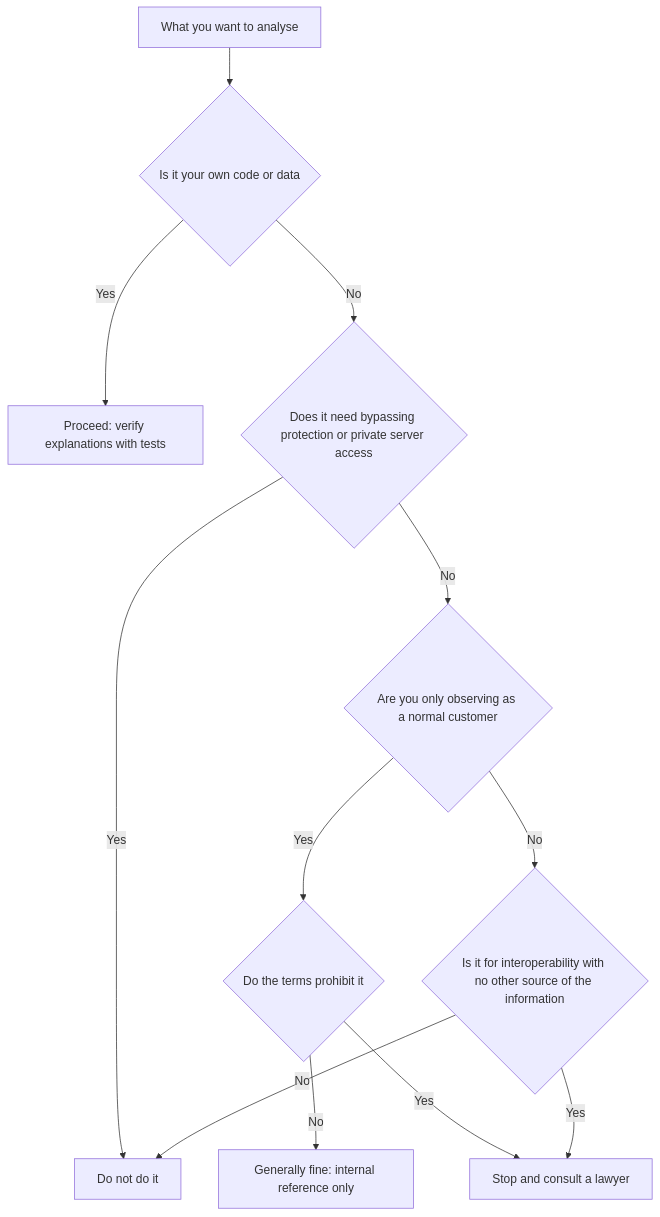
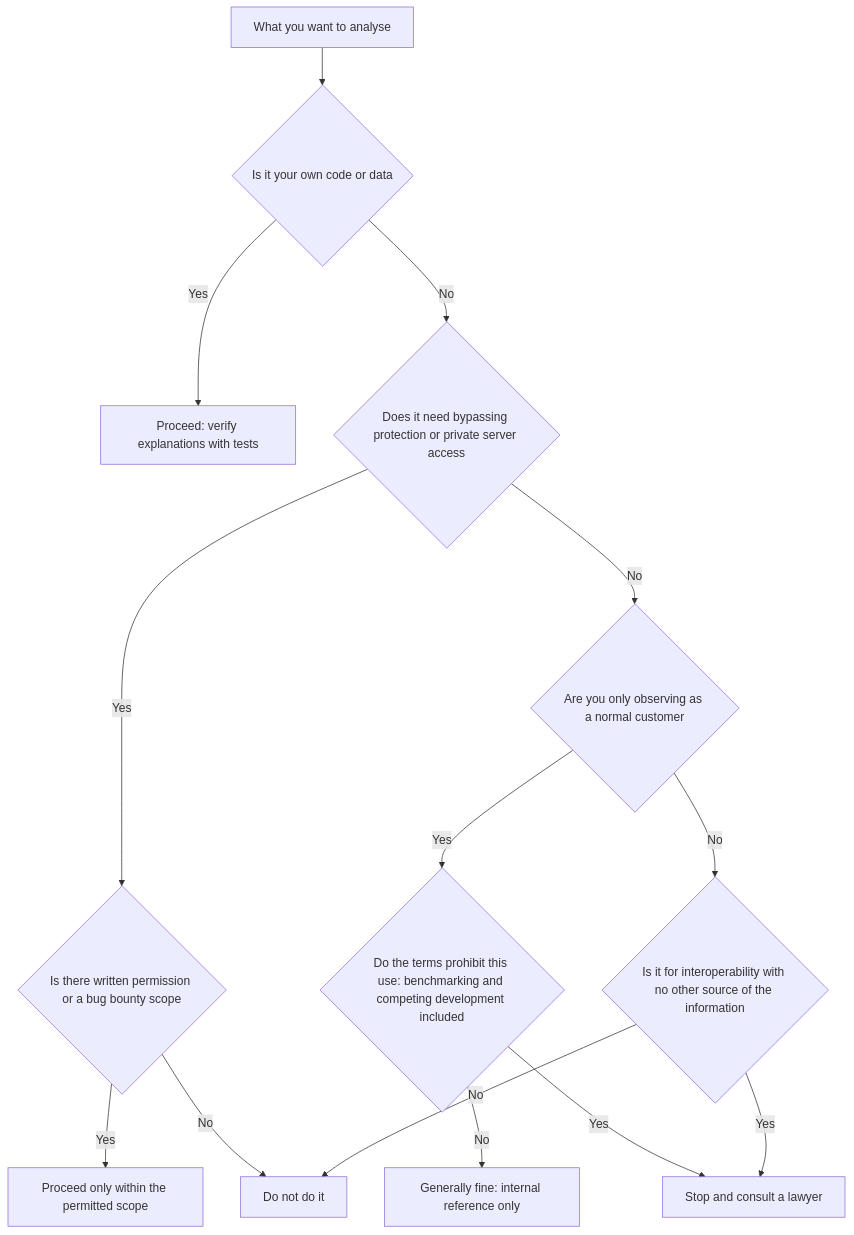
One commit to linjingzhu/tech-jeongsu changed the diagram in content/en/ai/16-reverse-engineering.md. Above: the diagram before and after it, drawn with Mermaid. The commit also changed other lines of this file and 3 other files, not shown here.

````diff
--- a/content/en/ai/16-reverse-engineering.md
+++ b/content/en/ai/16-reverse-engineering.md
@@ -53,14 +53,16 @@
 ```mermaid
 flowchart TD
     A[What you want to analyse] --> B{Is it your own code or data}
     B -->|Yes| C[Proceed: verify explanations with tests]
     B -->|No| D{Does it need bypassing protection or private server access}
-    D -->|Yes| X[Do not do it]
+    D -->|Yes| W{Is there written permission or a bug bounty scope}
+    W -->|Yes| S[Proceed only within the permitted scope]
+    W -->|No| X[Do not do it]
     D -->|No| E{Are you only observing as a normal customer}
-    E -->|Yes| F{Do the terms prohibit it}
+    E -->|Yes| F{Do the terms prohibit this use: benchmarking and competing development included}
     F -->|No| G[Generally fine: internal reference only]
     F -->|Yes| L[Stop and consult a lawyer]
     E -->|No| H{Is it for interoperability with no other source of the information}
     H -->|Yes| L
     H -->|No| X
 ```
````
